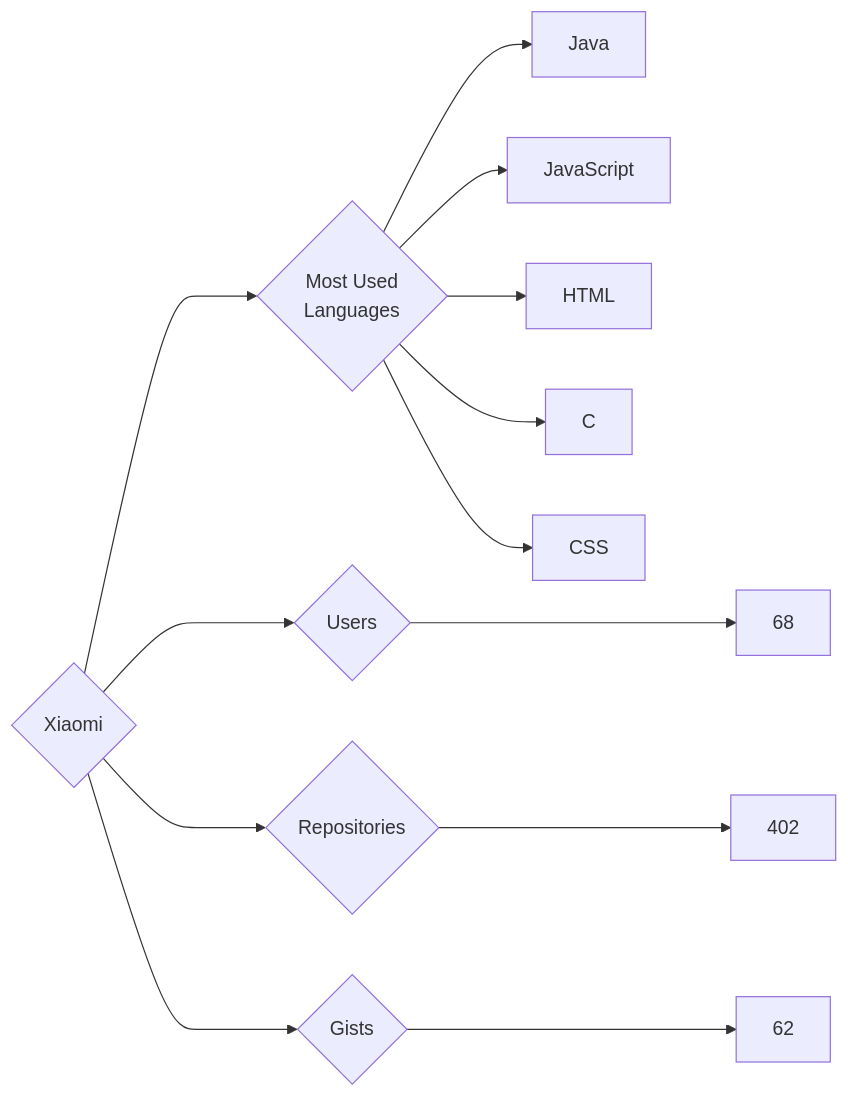
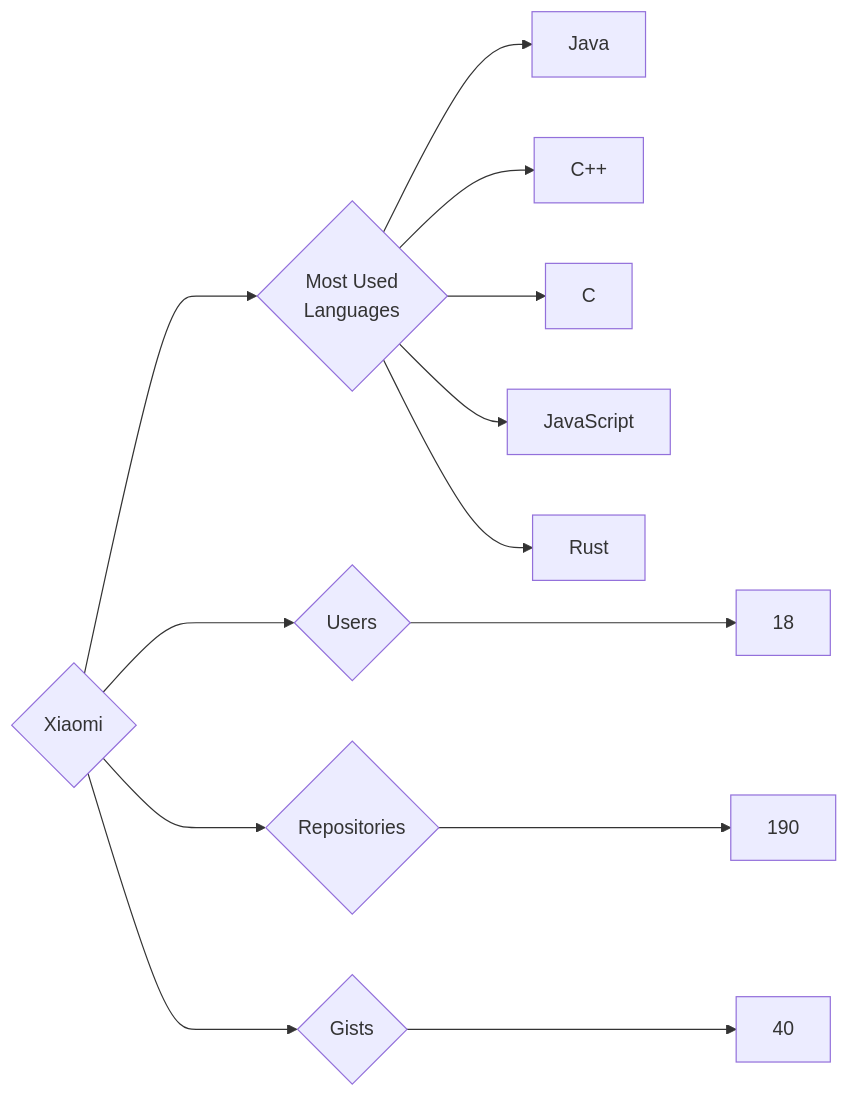
Before and after one commit to trickest/insiders: the diagram in targets/Xiaomi/README.md, drawn with Mermaid. The commit also changed 728 other files, not shown here.

````diff
--- a/targets/Xiaomi/README.md
+++ b/targets/Xiaomi/README.md
@@ -3,13 +3,13 @@
 ```mermaid
 graph LR
 COMPANY_NAME{Xiaomi}
-COMPANY_NAME ---> U{Users} ---> UN[68]
-COMPANY_NAME ---> R{Repositories} ---> RN[402]
-COMPANY_NAME ---> G{Gists} ---> GN[62]
+COMPANY_NAME ---> U{Users} ---> UN[18]
+COMPANY_NAME ---> R{Repositories} ---> RN[190]
+COMPANY_NAME ---> G{Gists} ---> GN[40]
 COMPANY_NAME ---> ML{Most Used<br>Languages}
 ML --> Java[Java]
+ML --> C++[C++]
+ML --> C[C]
 ML --> JavaScript[JavaScript]
-ML --> HTML[HTML]
-ML --> C[C]
-ML --> CSS[CSS]
+ML --> Rust[Rust]
 ```
````
